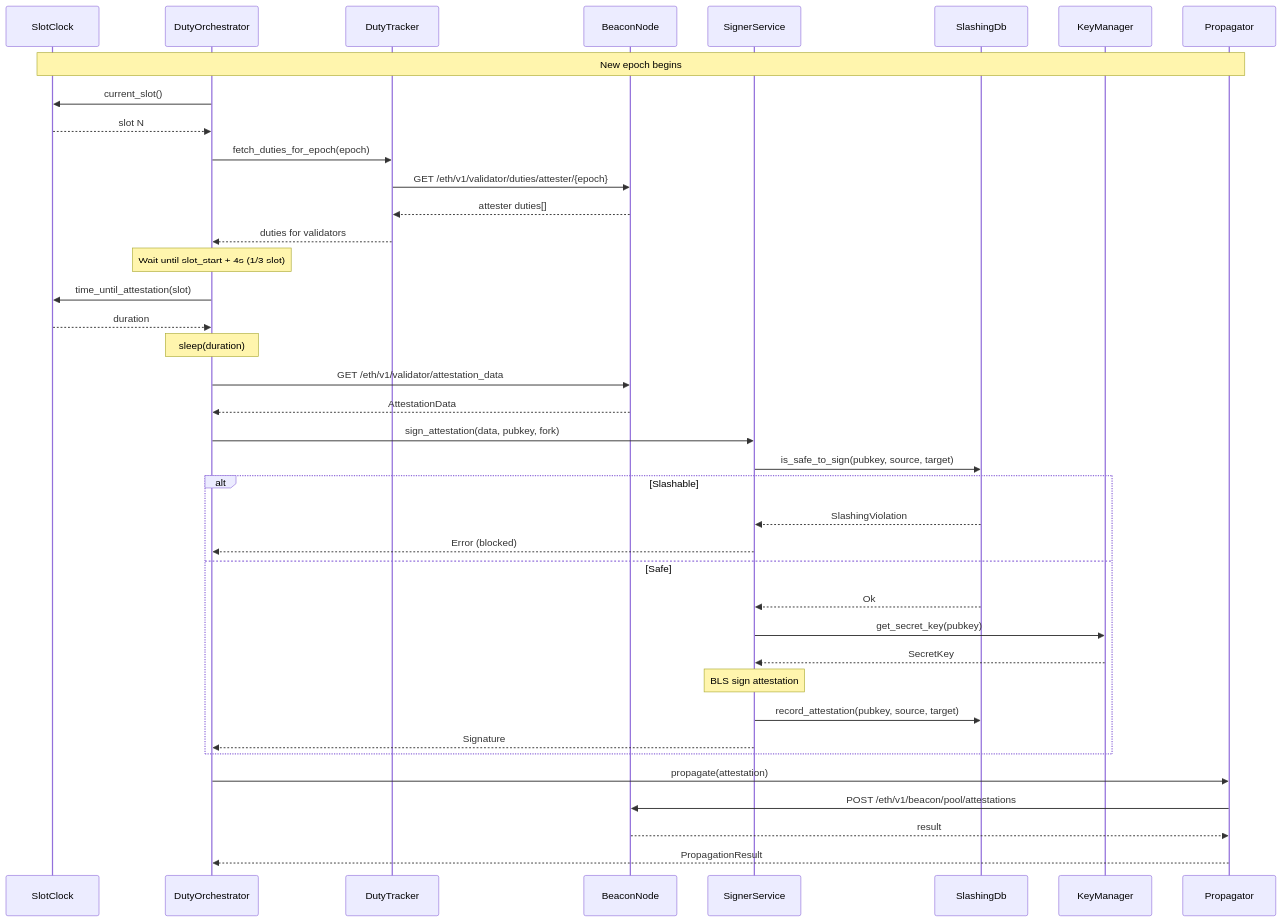
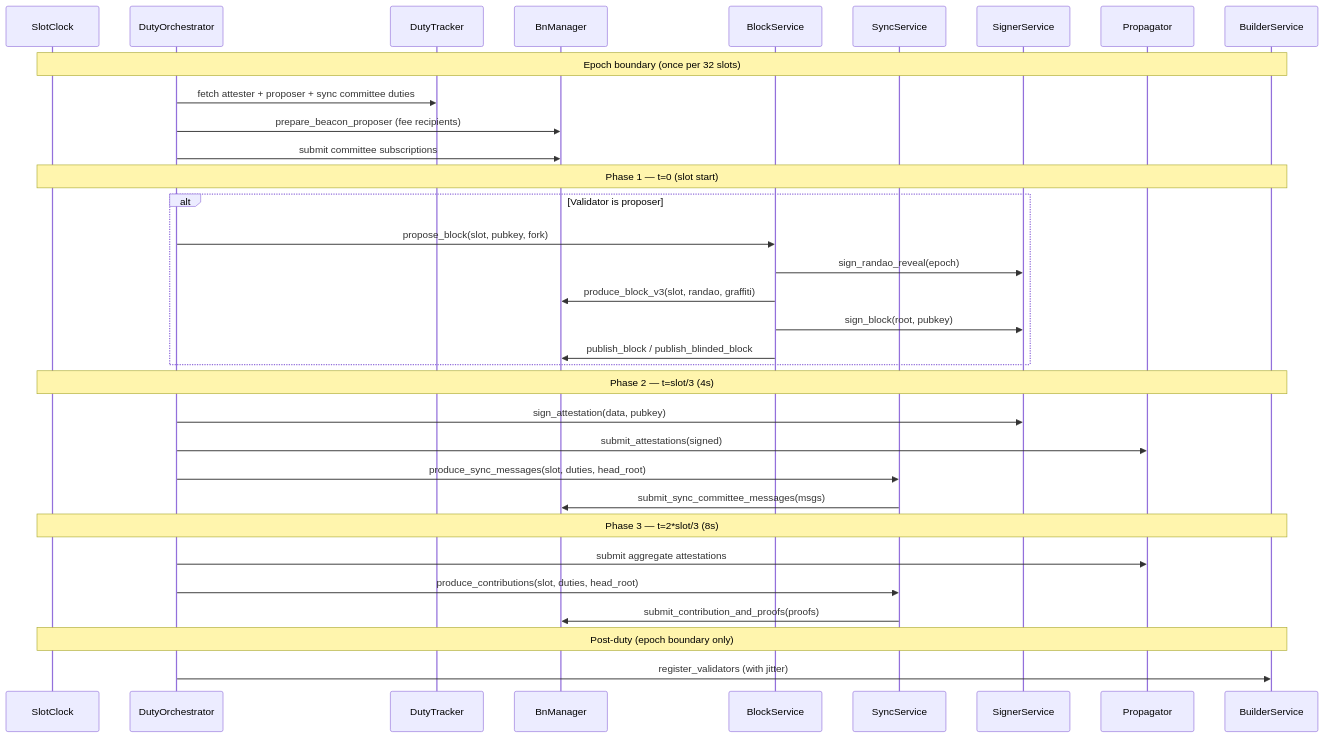
The fourth of 8 diagrams in ARCHITECTURE.md (dsrvlabs/rvc), drawn with Mermaid before and after one commit. The commit also changed other lines of this file and 13 other files, not shown here.

````diff
--- a/ARCHITECTURE.md
+++ b/ARCHITECTURE.md
@@ -153,50 +204,40 @@
 ```mermaid
 sequenceDiagram
     participant Clock as SlotClock
     participant Orch as DutyOrchestrator
     participant DT as DutyTracker
-    participant BN as BeaconNode
+    participant BNM as BnManager
+    participant Block as BlockService
+    participant Sync as SyncService
     participant Signer as SignerService
-    participant SDB as SlashingDb
-    participant KM as KeyManager
     participant Prop as Propagator
+    participant Builder as BuilderService
 
-    Note over Clock,Prop: New epoch begins
+    Note over Clock,Builder: Epoch boundary (once per 32 slots)
+    Orch->>DT: fetch attester + proposer + sync committee duties
+    Orch->>BNM: prepare_beacon_proposer (fee recipients)
+    Orch->>BNM: submit committee subscriptions
 
-    Orch->>Clock: current_slot()
-    Clock-->>Orch: slot N
-
-    Orch->>DT: fetch_duties_for_epoch(epoch)
-    DT->>BN: GET /eth/v1/validator/duties/attester/{epoch}
-    BN-->>DT: attester duties[]
-    DT-->>Orch: duties for validators
-
-    Note over Orch: Wait until slot_start + 4s (1/3 slot)
-
-    Orch->>Clock: time_until_attestation(slot)
-    Clock-->>Orch: duration
-    Note over Orch: sleep(duration)
-
-    Orch->>BN: GET /eth/v1/validator/attestation_data
-    BN-->>Orch: AttestationData
-
-    Orch->>Signer: sign_attestation(data, pubkey, fork)
-
-    Signer->>SDB: is_safe_to_sign(pubkey, source, target)
-    alt Slashable
-        SDB-->>Signer: SlashingViolation
-        Signer-->>Orch: Error (blocked)
-    else Safe
-        SDB-->>Signer: Ok
-        Signer->>KM: get_secret_key(pubkey)
-        KM-->>Signer: SecretKey
-        Note over Signer: BLS sign attestation
-        Signer->>SDB: record_attestation(pubkey, source, target)
-        Signer-->>Orch: Signature
+    Note over Clock,Builder: Phase 1 — t=0 (slot start)
+    alt Validator is proposer
+        Orch->>Block: propose_block(slot, pubkey, fork)
+        Block->>Signer: sign_randao_reveal(epoch)
+        Block->>BNM: produce_block_v3(slot, randao, graffiti)
+        Block->>Signer: sign_block(root, pubkey)
+        Block->>BNM: publish_block / publish_blinded_block
     end
 
-    Orch->>Prop: propagate(attestation)
-    Prop->>BN: POST /eth/v1/beacon/pool/attestations
-    BN-->>Prop: result
-    Prop-->>Orch: PropagationResult
+    Note over Clock,Builder: Phase 2 — t=slot/3 (4s)
+    Orch->>Signer: sign_attestation(data, pubkey)
+    Orch->>Prop: submit_attestations(signed)
+    Orch->>Sync: produce_sync_messages(slot, duties, head_root)
+    Sync->>BNM: submit_sync_committee_messages(msgs)
+
+    Note over Clock,Builder: Phase 3 — t=2*slot/3 (8s)
+    Orch->>Prop: submit aggregate attestations
+    Orch->>Sync: produce_contributions(slot, duties, head_root)
+    Sync->>BNM: submit_contribution_and_proofs(proofs)
+
+    Note over Clock,Builder: Post-duty (epoch boundary only)
+    Orch->>Builder: register_validators (with jitter)
 ```
````
